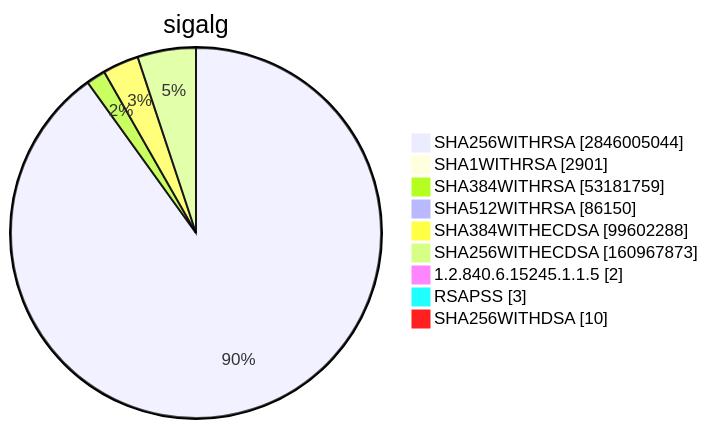
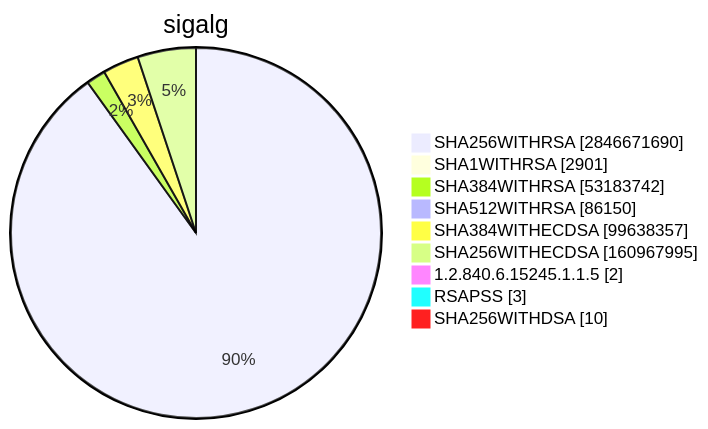
One commit to christiankrug/ctmonitor_visualization changed diagram 15 of 15 in TOTAL/README.md. Above: the diagram before and after it, drawn with Mermaid. The commit also changed other lines of this file, not shown here.

````diff
--- a/TOTAL/README.md
+++ b/TOTAL/README.md
@@ -6207,13 +6207,13 @@
 ```mermaid
 pie showData
 title sigalg
-"SHA256WITHRSA" :2846005044
+"SHA256WITHRSA" :2846671690
 "SHA1WITHRSA" :2901
-"SHA384WITHRSA" :53181759
+"SHA384WITHRSA" :53183742
 "SHA512WITHRSA" :86150
-"SHA384WITHECDSA" :99602288
-"SHA256WITHECDSA" :160967873
+"SHA384WITHECDSA" :99638357
+"SHA256WITHECDSA" :160967995
 "1.2.840.6.15245.1.1.5" :2
 "RSAPSS" :3
 "SHA256WITHDSA" :10
 ```
````
